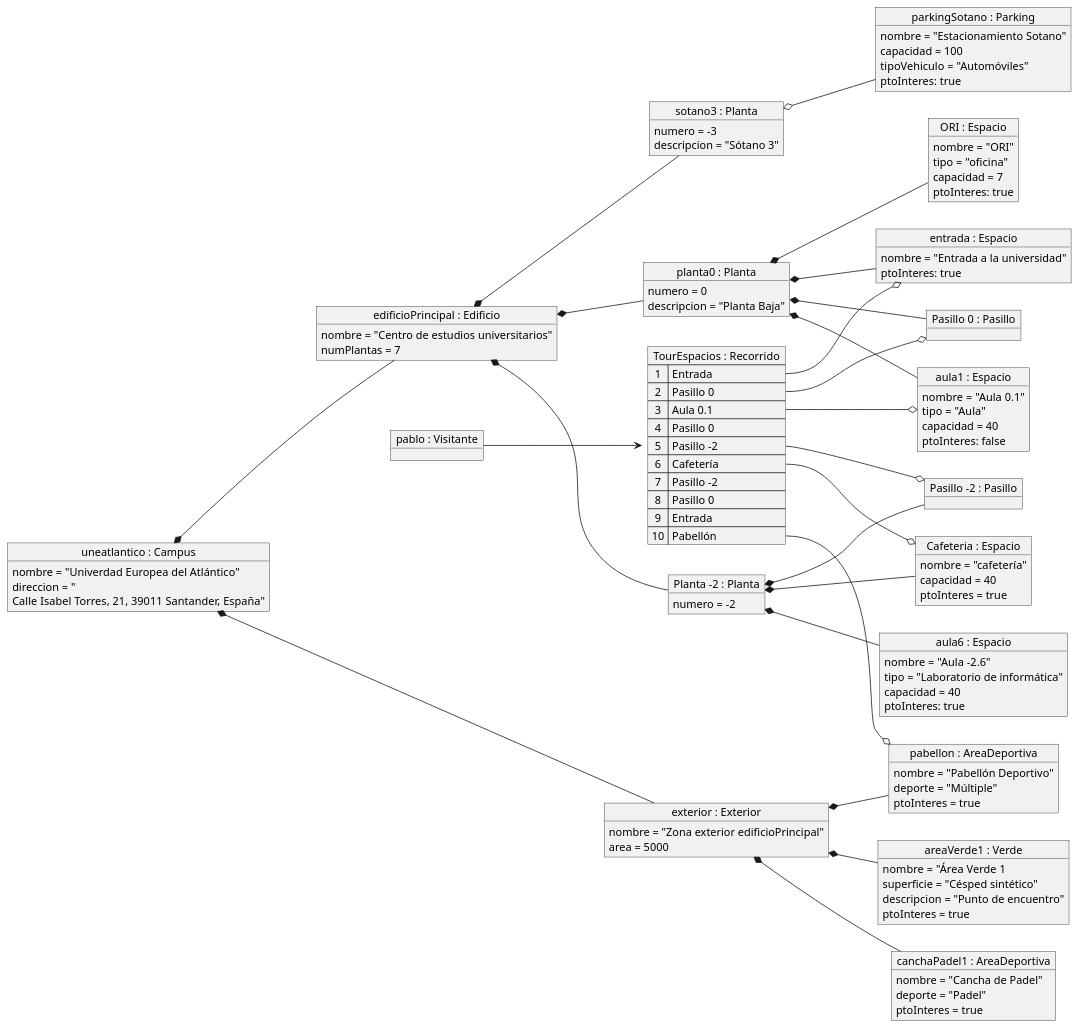
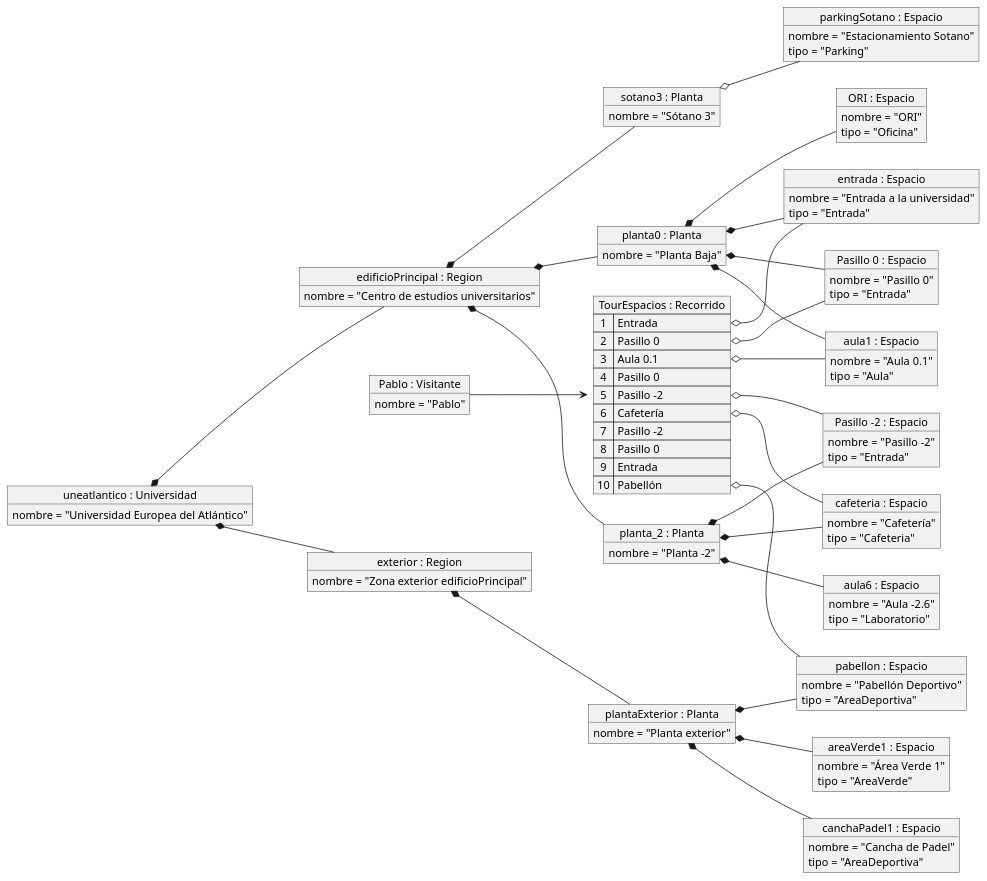
Before and after one commit to Camila-Lesly/25-26-idsw1-sdr: the diagram in documentos/00-modeloDeDominio/DiagramaDeObjetos/diagramaDeObjetos.puml, drawn with PlantUML. The commit also changed 5 other files, not shown here.

Commit message:
Propuesta de diagrama de clases y objetos

```diff
--- a/documentos/00-modeloDeDominio/DiagramaDeObjetos/diagramaDeObjetos.puml
+++ b/documentos/00-modeloDeDominio/DiagramaDeObjetos/diagramaDeObjetos.puml
@@ -1,141 +1,157 @@
 @startuml
 left to right direction
 
-object "uneatlantico : Campus" as uneatlantico {
-    nombre = "Univerdad Europea del Atlántico"
-    direccion = "
-    Calle Isabel Torres, 21, 39011 Santander, España"
+'-------------------
+' Universidad y Regiones
+'-------------------
+object "uneatlantico : Universidad" as uneatlantico {
+    nombre = "Universidad Europea del Atlántico"
 }
 
-object "edificioPrincipal : Edificio" as edificioPrincipal {
+object "edificioPrincipal : Region" as edificioPrincipal {
     nombre = "Centro de estudios universitarios"
-    numPlantas = 7
 }
 
+object "exterior : Region" as exterior {
+    nombre = "Zona exterior edificioPrincipal"
+}
+
+'-------------------
+' Plantas
+'-------------------
 object "sotano3 : Planta" as sotano3 {
-    numero = -3
-    descripcion = "Sótano 3"
+    nombre = "Sótano 3"
 }
 
 object "planta0 : Planta" as planta0 {
-    numero = 0
-    descripcion = "Planta Baja"
+    nombre = "Planta Baja"
 }
 
+object "planta_2 : Planta" as planta_2 {
+    nombre = "Planta -2"
+}
+
+object "plantaExterior : Planta" as plantaExterior {
+    nombre = "Planta exterior"
+}
+
+'-------------------
+' Pasillos
+'-------------------
+object "Pasillo -2 : Espacio" as pasillo_2 {
+    nombre = "Pasillo -2"
+    tipo = "Entrada"
+}
+
+object "Pasillo 0 : Espacio" as pasillo0 {
+    nombre = "Pasillo 0"
+    tipo = "Entrada"
+}
+
+'-------------------
+' Espacios
+'-------------------
 object "aula1 : Espacio" as aula1 {
     nombre = "Aula 0.1"
     tipo = "Aula"
-    capacidad = 40
-    ptoInteres: false
 }
 
-object "entrada : Espacio" as entrada{
+object "entrada : Espacio" as entrada {
     nombre = "Entrada a la universidad"
-    ptoInteres: true
+    tipo = "Entrada"
 }
 
 object "ORI : Espacio" as ORI {
     nombre = "ORI"
-    tipo = "oficina"
-    capacidad = 7
-    ptoInteres: true
+    tipo = "Oficina"
 }
 
-object "Planta -2 : Planta" as planta_2{
-    numero = -2
-}
-object "Pasillo -2 : Pasillo" as pasillo_2
-object "Pasillo 0 : Pasillo" as pasillo0
-
-object "Cafeteria : Espacio" as cafeteria{
-    nombre = "cafetería"
-    capacidad = 40
-    ptoInteres = true
-}
-object "aula6 : Espacio" as aula6{
-    nombre = "Aula -2.6"
-    tipo = "Laboratorio de informática"
-    capacidad = 40
-    ptoInteres: true
+object "cafeteria : Espacio" as cafeteria {
+    nombre = "Cafetería"
+    tipo = "Cafeteria"
 }
 
-
-object "parkingSotano : Parking" as parkingSotano {
-    nombre = "Estacionamiento Sotano"
-    capacidad = 100
-    tipoVehiculo = "Automóviles"
-    ptoInteres: true
+object "aula6 : Espacio" as aula6 {
+    nombre = "Aula -2.6"
+    tipo = "Laboratorio"
 }
 
-object "exterior : Exterior" as exterior {
-    nombre = "Zona exterior edificioPrincipal"
-    area = 5000
+object "parkingSotano : Espacio" as parkingSotano {
+    nombre = "Estacionamiento Sotano"
+    tipo = "Parking"
 }
 
-object "areaVerde1 : Verde" as areaVerde1 {
-    nombre = "Área Verde 1
-    superficie = "Césped sintético"
-    descripcion = "Punto de encuentro"
-    ptoInteres = true
+object "areaVerde1 : Espacio" as areaVerde1 {
+    nombre = "Área Verde 1"
+    tipo = "AreaVerde"
 }
 
-object "canchaPadel1 : AreaDeportiva" as canchaPadel1 {
+object "canchaPadel1 : Espacio" as canchaPadel1 {
     nombre = "Cancha de Padel"
-    deporte = "Padel"
-    ptoInteres = true
+    tipo = "AreaDeportiva"
 }
 
-object "pabellon : AreaDeportiva" as pabellon {
+object "pabellon : Espacio" as pabellon {
     nombre = "Pabellón Deportivo"
-    deporte = "Múltiple"
-    ptoInteres = true
+    tipo = "AreaDeportiva"
 }
-object "pablo : Visitante" as visitante{
-  
+
+'-------------------
+' Visitante y Recorrido
+'-------------------
+object "Pablo : Visitante" as visitante {
+    nombre = "Pablo"
 }
+
 map "TourEspacios : Recorrido" as recorrido {
  1 => Entrada
  2 => Pasillo 0
  3 => Aula 0.1
  4 => Pasillo 0
  5 => Pasillo -2
  6 => Cafetería
  7 => Pasillo -2
  8 => Pasillo 0
  9 => Entrada
  10 => Pabellón
 }
 
-
+'-------------------
+' Relaciones de jerarquía
+'-------------------
 uneatlantico *-- edificioPrincipal
 uneatlantico *-- exterior
 
 edificioPrincipal *-- sotano3
 edificioPrincipal *-- planta0
 edificioPrincipal *-- planta_2
 
 planta0 *-- aula1
 planta0 *-- ORI
 planta0 *-- entrada
 planta0 *-- pasillo0
 sotano3 o-- parkingSotano
 
-
 planta_2 *-- cafeteria
 planta_2 *-- aula6
 planta_2 *-- pasillo_2
 
+exterior *-- plantaExterior
 
-exterior *-- areaVerde1
-exterior *-- canchaPadel1
-exterior *-- pabellon
+plantaExterior *-- areaVerde1
+plantaExterior *-- canchaPadel1
+plantaExterior *-- pabellon
 
+'-------------------
+' Relaciones del recorrido
+'-------------------
 visitante --> recorrido
-recorrido::1 --o entrada
-recorrido::2 --o pasillo0
-recorrido::3 --o aula1
-recorrido::5 --o pasillo_2
-recorrido::6 --o cafeteria
-recorrido::10 --o pabellon
+recorrido::1 o-- entrada
+recorrido::2 o-- pasillo0
+recorrido::3 o-- aula1
+recorrido::5 o-- pasillo_2
+recorrido::6 o-- cafeteria
+recorrido::10 o-- pabellon
+
 
 @enduml
```
